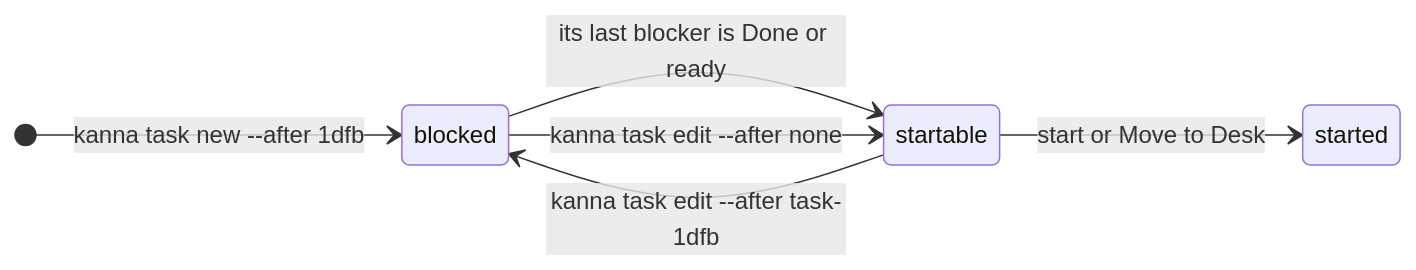
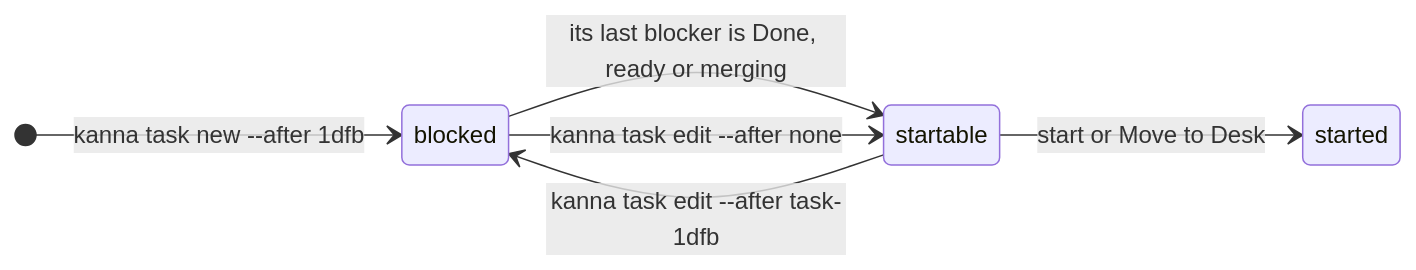
Before and after one commit to tampopogk/kanna: the first of 2 diagrams in docs/specs/task-dependencies.md, drawn with Mermaid. The commit also changed other lines of this file and 10 other files, not shown here.

````diff
--- a/docs/specs/task-dependencies.md
+++ b/docs/specs/task-dependencies.md
@@ -11,9 +11,9 @@
 ```mermaid
 stateDiagram-v2
     direction LR
     [*] --> blocked: kanna task new --after 1dfb
-    blocked --> startable: its last blocker is Done or ready
+    blocked --> startable: its last blocker is Done, ready or merging
     startable --> blocked: kanna task edit --after task-1dfb
     blocked --> startable: kanna task edit --after none
     startable --> started: start or Move to Desk
 ```
````
